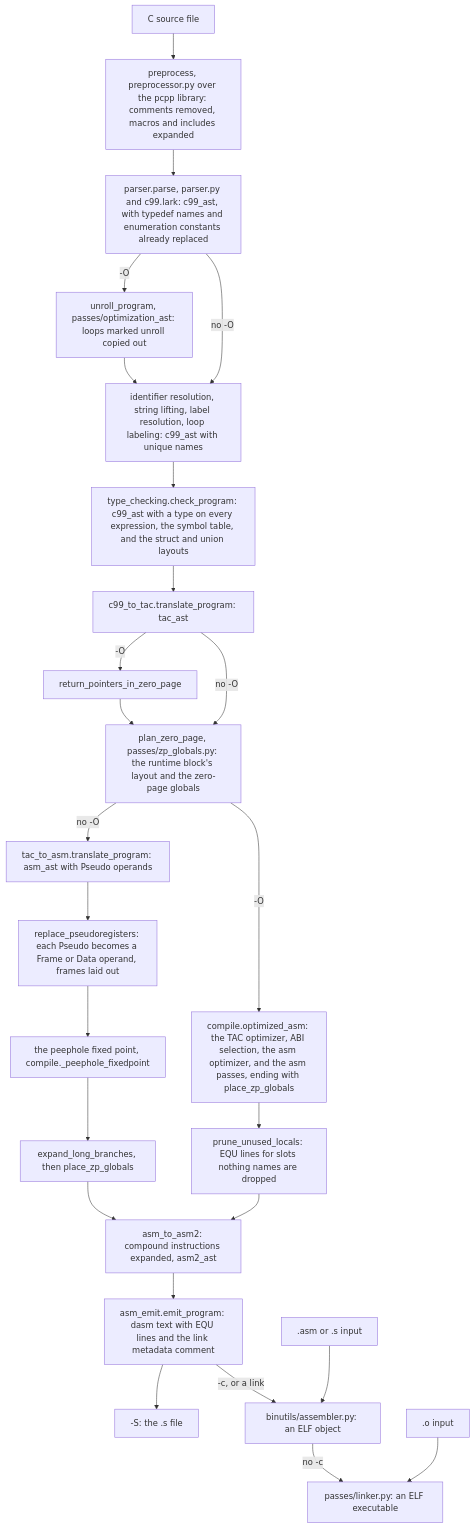
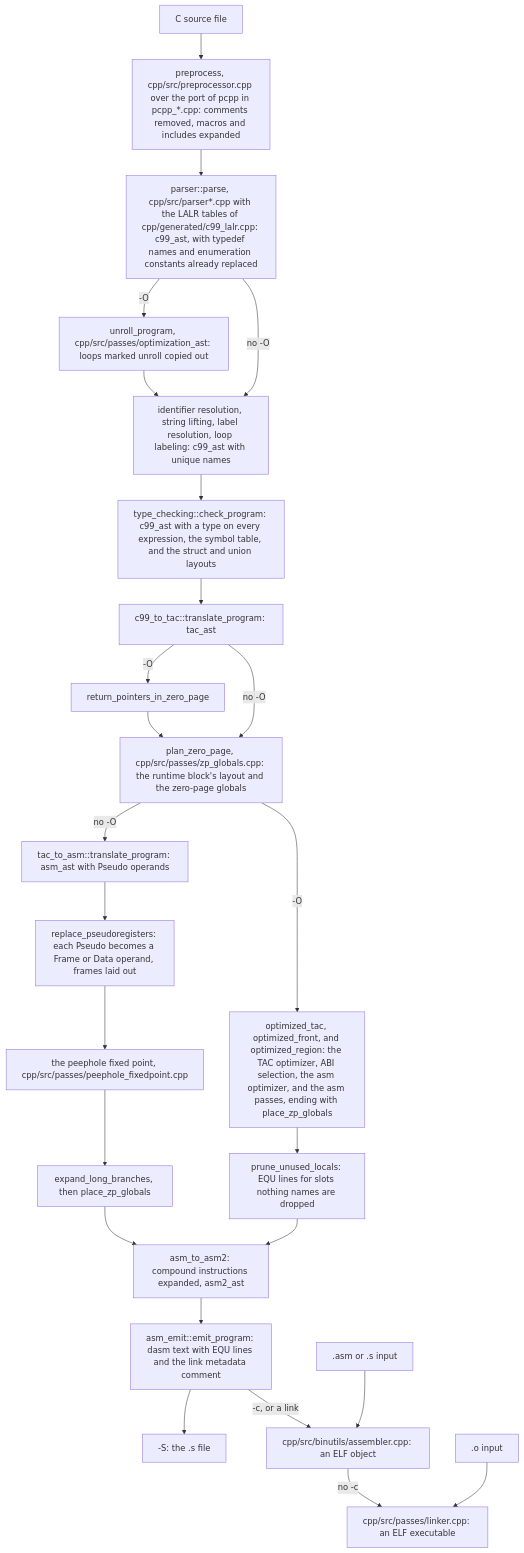
The first of 2 diagrams in docs/architecture.md (XekriRedmane/c6502), drawn with Mermaid before and after one commit. The commit also changed other lines of this file and 153 other files, not shown here.

````diff
--- a/docs/architecture.md
+++ b/docs/architecture.md
@@ -21,40 +28,40 @@
 ```mermaid
 flowchart TD
     src["C source file"]
-    pp["preprocess, preprocessor.py over the pcpp library: comments removed, macros and includes expanded"]
-    parse["parser.parse, parser.py and c99.lark: c99_ast, with typedef names and enumeration constants already replaced"]
-    unroll["unroll_program, passes/optimization_ast: loops marked unroll copied out"]
+    pp["preprocess, cpp/src/preprocessor.cpp over the port of pcpp in pcpp_*.cpp: comments removed, macros and includes expanded"]
+    parse["parser::parse, cpp/src/parser*.cpp with the LALR tables of cpp/generated/c99_lalr.cpp: c99_ast, with typedef names and enumeration constants already replaced"]
+    unroll["unroll_program, cpp/src/passes/optimization_ast: loops marked unroll copied out"]
     resolve["identifier resolution, string lifting, label resolution, loop labeling: c99_ast with unique names"]
-    check["type_checking.check_program: c99_ast with a type on every expression, the symbol table, and the struct and union layouts"]
-    tac["c99_to_tac.translate_program: tac_ast"]
+    check["type_checking::check_program: c99_ast with a type on every expression, the symbol table, and the struct and union layouts"]
+    tac["c99_to_tac::translate_program: tac_ast"]
     ret["return_pointers_in_zero_page"]
-    plan["plan_zero_page, passes/zp_globals.py: the runtime block's layout and the zero-page globals"]
-    t2a["tac_to_asm.translate_program: asm_ast with Pseudo operands"]
+    plan["plan_zero_page, cpp/src/passes/zp_globals.cpp: the runtime block's layout and the zero-page globals"]
+    t2a["tac_to_asm::translate_program: asm_ast with Pseudo operands"]
     rp["replace_pseudoregisters: each Pseudo becomes a Frame or Data operand, frames laid out"]
-    peep["the peephole fixed point, compile._peephole_fixedpoint"]
+    peep["the peephole fixed point, cpp/src/passes/peephole_fixedpoint.cpp"]
     lb["expand_long_branches, then place_zp_globals"]
-    opt["compile.optimized_asm: the TAC optimizer, ABI selection, the asm optimizer, and the asm passes, ending with place_zp_globals"]
+    opt["optimized_tac, optimized_front, and optimized_region: the TAC optimizer, ABI selection, the asm optimizer, and the asm passes, ending with place_zp_globals"]
     prune["prune_unused_locals: EQU lines for slots nothing names are dropped"]
     a2["asm_to_asm2: compound instructions expanded, asm2_ast"]
-    emit["asm_emit.emit_program: dasm text with EQU lines and the link metadata comment"]
+    emit["asm_emit::emit_program: dasm text with EQU lines and the link metadata comment"]
     s["-S: the .s file"]
     asmfile[".asm or .s input"]
-    obj["binutils/assembler.py: an ELF object"]
+    obj["cpp/src/binutils/assembler.cpp: an ELF object"]
     ofile[".o input"]
-    link["passes/linker.py: an ELF executable"]
+    link["cpp/src/passes/linker.cpp: an ELF executable"]
 
     src --> pp --> parse
     parse -->|"-O"| unroll --> resolve
     parse -->|"no -O"| resolve
     resolve --> check --> tac
     tac -->|"-O"| ret --> plan
     tac -->|"no -O"| plan
     plan -->|"no -O"| t2a --> rp --> peep --> lb --> a2
     plan -->|"-O"| opt --> prune --> a2
     a2 --> emit
     emit --> s
     emit -->|"-c, or a link"| obj
     asmfile --> obj
     obj -->|"no -c"| link
     ofile --> link
 ```
````
